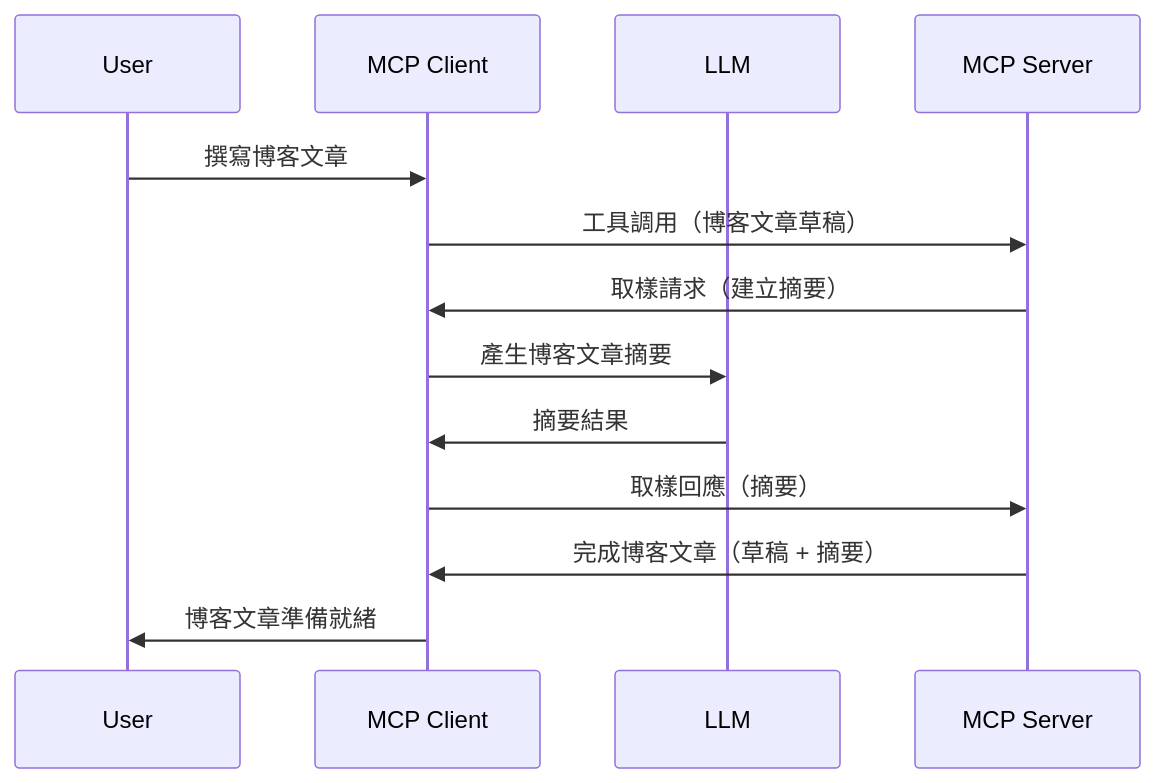
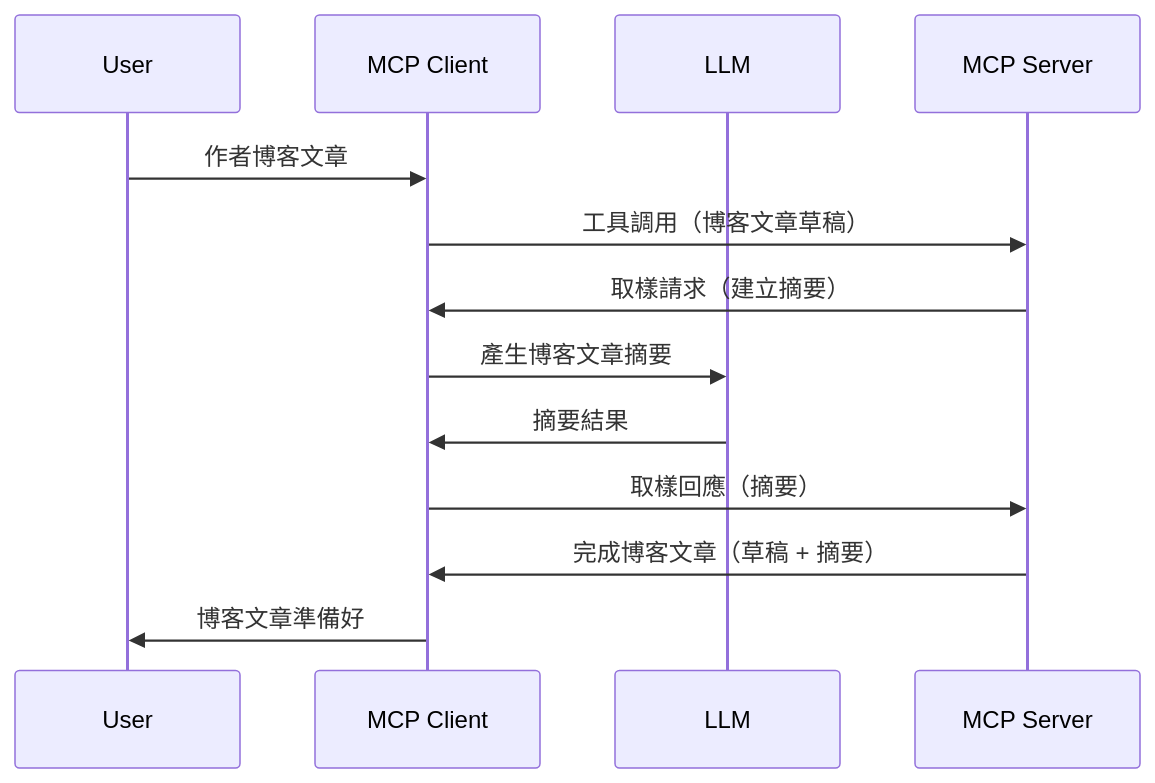
One commit to HIDORAKAI002/ai-workspace-archive changed the diagram in mcp_ecosystem__model_context_protocol/mcp_learning_resources/mcp-for-beginners/translations/zh-HK/03-GettingStarted/14-sampling/README.md. Above: the diagram before and after it, drawn with Mermaid. The commit also changed other lines of this file and 1046 other files, not shown here.

````diff
--- a/mcp_ecosystem__model_context_protocol/mcp_learning_resources/mcp-for-beginners/translations/zh-HK/03-GettingStarted/14-sampling/README.md
+++ b/mcp_ecosystem__model_context_protocol/mcp_learning_resources/mcp-for-beginners/translations/zh-HK/03-GettingStarted/14-sampling/README.md
@@ -23,16 +25,16 @@
 ```mermaid
 sequenceDiagram
     participant User
     participant MCP Client
     participant LLM
     participant MCP Server
 
-    User->>MCP Client: 撰寫博客文章
+    User->>MCP Client: 作者博客文章
     MCP Client->>MCP Server: 工具調用（博客文章草稿）
     MCP Server->>MCP Client: 取樣請求（建立摘要）
     MCP Client->>LLM: 產生博客文章摘要
     LLM->>MCP Client: 摘要結果
     MCP Client->>MCP Server: 取樣回應（摘要）
     MCP Server->>MCP Client: 完成博客文章（草稿 + 摘要）
-    MCP Client->>User: 博客文章準備就緒
+    MCP Client->>User: 博客文章準備好
 ```
````
